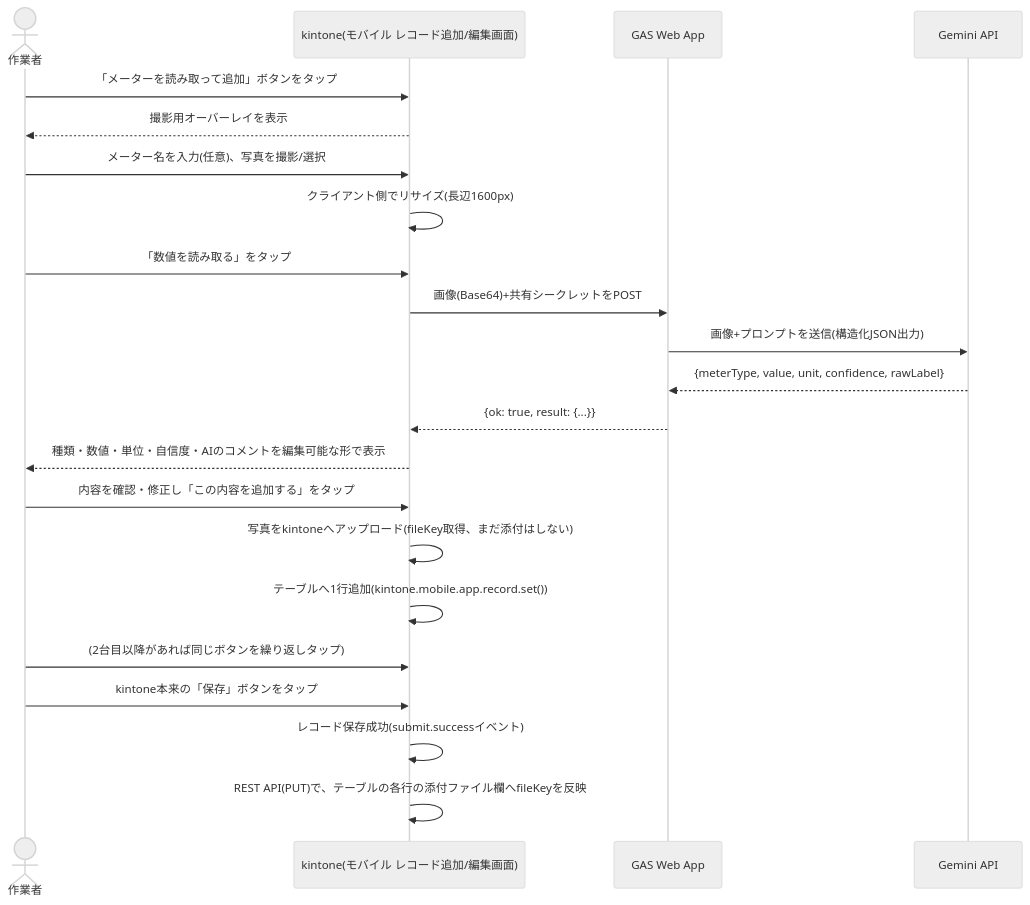
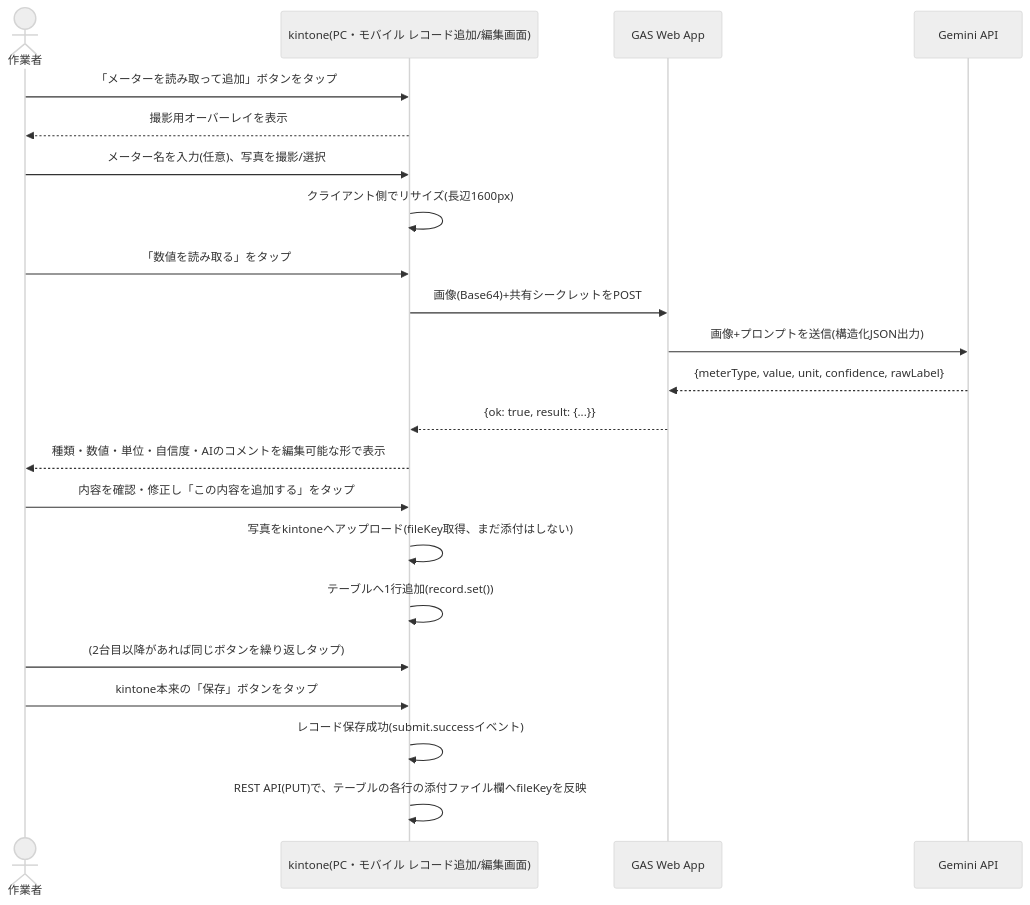
Before and after one commit to un-jay/kintone-customizations: the diagram in customizations/meter-reader/README.md, drawn with Mermaid (neutral theme). The commit also changed other lines of this file and 4 other files, not shown here.

````diff
--- a/customizations/meter-reader/README.md
+++ b/customizations/meter-reader/README.md
@@ -37,25 +37,25 @@
 ```mermaid
 sequenceDiagram
     actor User as 作業者
-    participant Kintone as kintone(モバイル レコード追加/編集画面)
+    participant Kintone as kintone(PC・モバイル レコード追加/編集画面)
     participant GAS as GAS Web App
     participant Gemini as Gemini API
 
     User->>Kintone: 「メーターを読み取って追加」ボタンをタップ
     Kintone-->>User: 撮影用オーバーレイを表示
     User->>Kintone: メーター名を入力(任意)、写真を撮影/選択
     Kintone->>Kintone: クライアント側でリサイズ(長辺1600px)
     User->>Kintone: 「数値を読み取る」をタップ
     Kintone->>GAS: 画像(Base64)+共有シークレットをPOST
     GAS->>Gemini: 画像+プロンプトを送信(構造化JSON出力)
     Gemini-->>GAS: {meterType, value, unit, confidence, rawLabel}
     GAS-->>Kintone: {ok: true, result: {...}}
     Kintone-->>User: 種類・数値・単位・自信度・AIのコメントを編集可能な形で表示
     User->>Kintone: 内容を確認・修正し「この内容を追加する」をタップ
     Kintone->>Kintone: 写真をkintoneへアップロード(fileKey取得、まだ添付はしない)
-    Kintone->>Kintone: テーブルへ1行追加(kintone.mobile.app.record.set())
+    Kintone->>Kintone: テーブルへ1行追加(record.set())
     User->>Kintone: (2台目以降があれば同じボタンを繰り返しタップ)
     User->>Kintone: kintone本来の「保存」ボタンをタップ
     Kintone->>Kintone: レコード保存成功(submit.successイベント)
     Kintone->>Kintone: REST API(PUT)で、テーブルの各行の添付ファイル欄へfileKeyを反映
 ```
````
